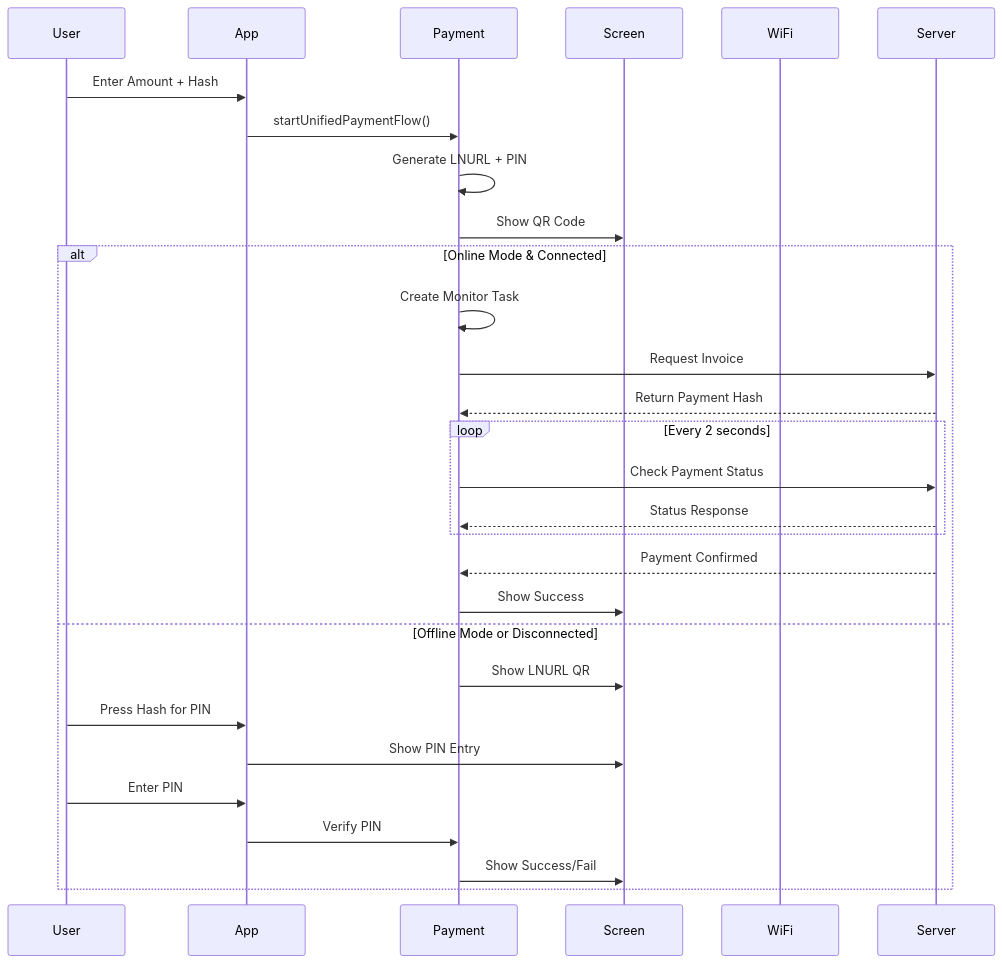
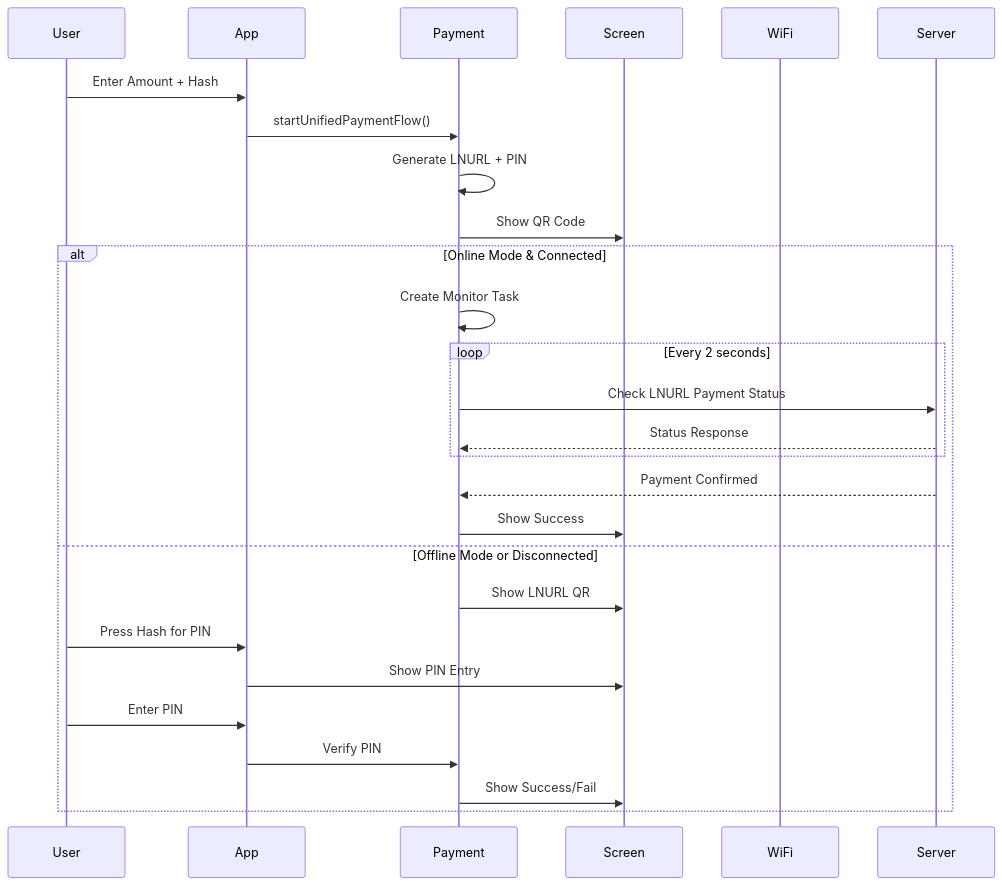
One commit to Opago-Pay/OPAGO-POS changed the fourth of 5 diagrams in DOCUMENTATION.md. Above: the diagram before and after it, drawn with Mermaid. The commit also changed other lines of this file and 1 other file, not shown here.

First line of the commit message:
fix: Remove incorrect invoice fetching from online mode

````diff
--- a/DOCUMENTATION.md
+++ b/DOCUMENTATION.md
@@ -166,33 +166,31 @@
 ```mermaid
 sequenceDiagram
     participant User
     participant App
     participant Payment
     participant Screen
     participant WiFi
     participant Server
     
     User->>App: Enter Amount + Hash
     App->>Payment: startUnifiedPaymentFlow()
     Payment->>Payment: Generate LNURL + PIN
     Payment->>Screen: Show QR Code
     
     alt Online Mode & Connected
         Payment->>Payment: Create Monitor Task
-        Payment->>Server: Request Invoice
-        Server-->>Payment: Return Payment Hash
         loop Every 2 seconds
-            Payment->>Server: Check Payment Status
+            Payment->>Server: Check LNURL Payment Status
             Server-->>Payment: Status Response
         end
         Server-->>Payment: Payment Confirmed
         Payment->>Screen: Show Success
     else Offline Mode or Disconnected
         Payment->>Screen: Show LNURL QR
         User->>App: Press Hash for PIN
         App->>Screen: Show PIN Entry
         User->>App: Enter PIN
         App->>Payment: Verify PIN
         Payment->>Screen: Show Success/Fail
     end
 ```
````
